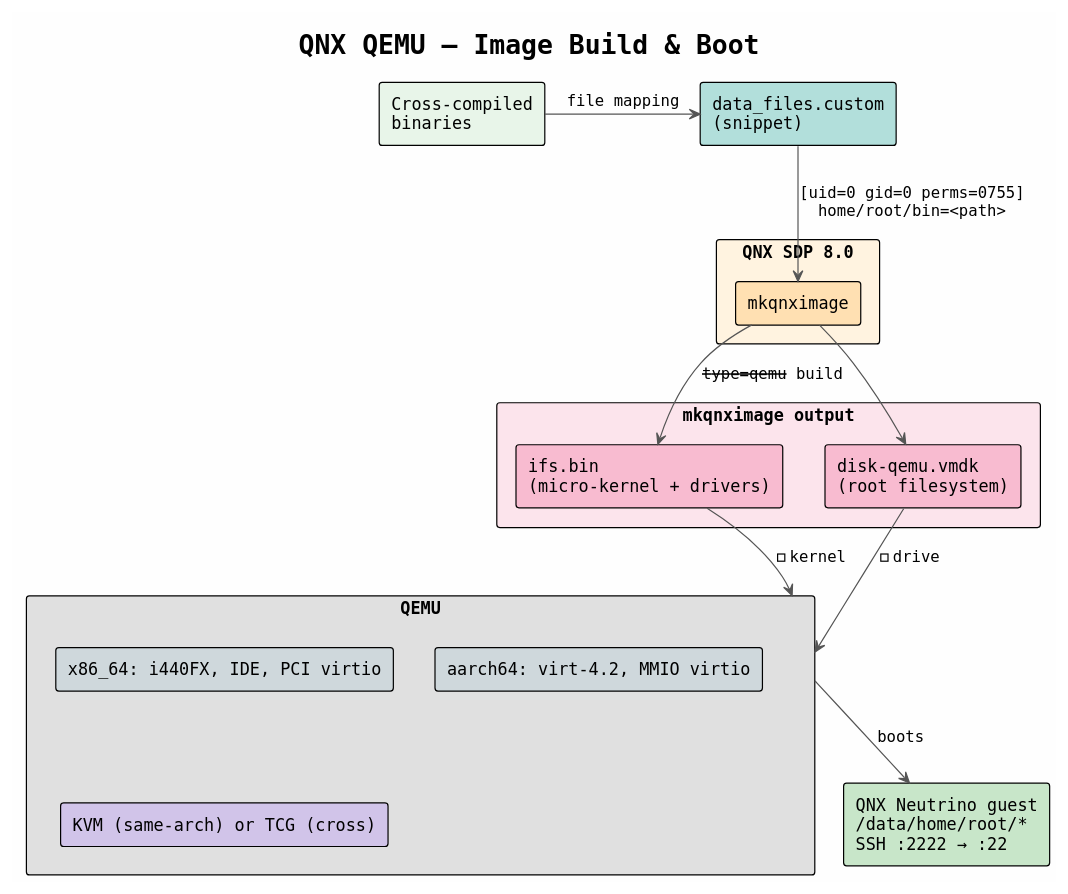
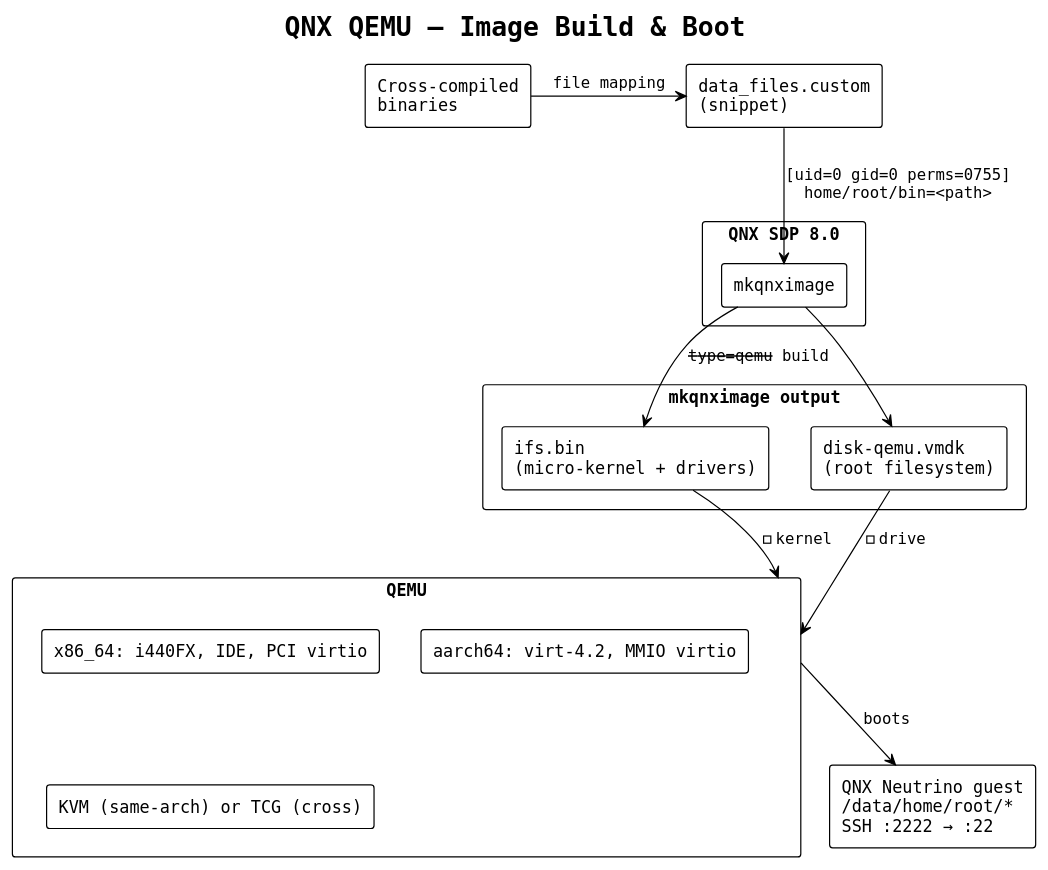
The diagram in doc/qemu/qnx_filesystem_build.puml (MasakatsuFunaki/qnx_hello_world), drawn with PlantUML before and after one commit. The commit also changed 8 other files, not shown here.

```diff
--- a/doc/qemu/qnx_filesystem_build.puml
+++ b/doc/qemu/qnx_filesystem_build.puml
@@ -1,38 +1,36 @@
 @startuml qnx_filesystem_build
 !theme plain
-skinparam backgroundColor #FEFEFE
 skinparam defaultFontName Monospaced
-skinparam arrowColor #555555
 
 title **QNX QEMU — Image Build & Boot**
 
-rectangle "Cross-compiled\nbinaries" as bins #E8F5E9
-rectangle "data_files.custom\n(snippet)" as snippet #B2DFDB
+rectangle "Cross-compiled\nbinaries" as bins
+rectangle "data_files.custom\n(snippet)" as snippet
 
-rectangle "QNX SDP 8.0" as sdp #FFF3E0 {
-    rectangle "mkqnximage" as mkqnx #FFE0B2
+rectangle "QNX SDP 8.0" as sdp {
+    rectangle "mkqnximage" as mkqnx
 }
 
-rectangle "mkqnximage output" as output #FCE4EC {
-    rectangle "ifs.bin\n(micro-kernel + drivers)" as ifs #F8BBD0
-    rectangle "disk-qemu.vmdk\n(root filesystem)" as disk #F8BBD0
+rectangle "mkqnximage output" as output {
+    rectangle "ifs.bin\n(micro-kernel + drivers)" as ifs
+    rectangle "disk-qemu.vmdk\n(root filesystem)" as disk
 }
 
-rectangle "QEMU" as qemu #E0E0E0 {
-    rectangle "x86_64: i440FX, IDE, PCI virtio" as x86 #CFD8DC
-    rectangle "aarch64: virt-4.2, MMIO virtio" as arm #CFD8DC
-    rectangle "KVM (same-arch) or TCG (cross)" as accel #D1C4E9
+rectangle "QEMU" as qemu {
+    rectangle "x86_64: i440FX, IDE, PCI virtio" as x86
+    rectangle "aarch64: virt-4.2, MMIO virtio" as arm
+    rectangle "KVM (same-arch) or TCG (cross)" as accel
 }
 
-rectangle "QNX Neutrino guest\n/data/home/root/*\nSSH :2222 → :22" as guest #C8E6C9
+rectangle "QNX Neutrino guest\n/data/home/root/*\nSSH :2222 → :22" as guest
 
 ' ── Flow ─────────────────────────────────────────────────
 bins -right-> snippet : "file mapping"
 snippet -down-> mkqnx : "[uid=0 gid=0 perms=0755]\nhome/root/bin=<path>"
 mkqnx -down-> ifs : "--type=qemu --build"
 mkqnx -down-> disk
 ifs -down-> qemu : "-kernel"
 disk -down-> qemu : "-drive"
 qemu -down-> guest : "boots"
 
 @enduml
```
